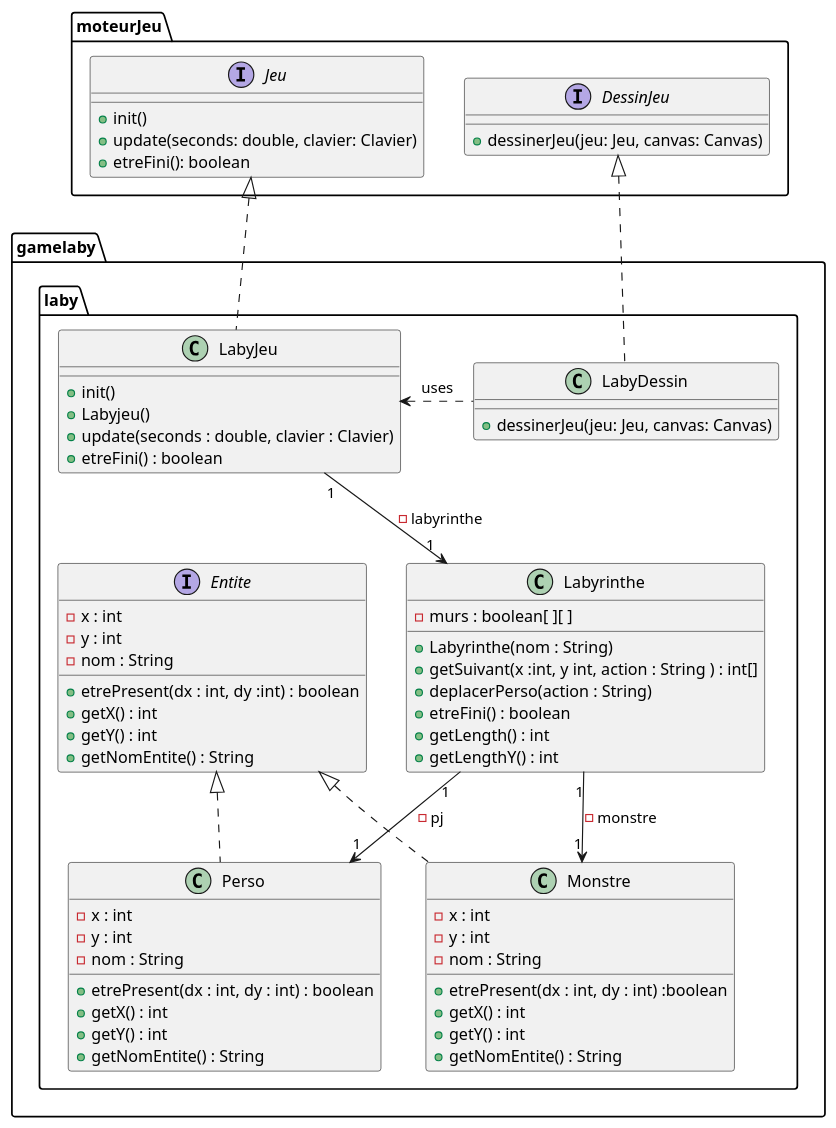
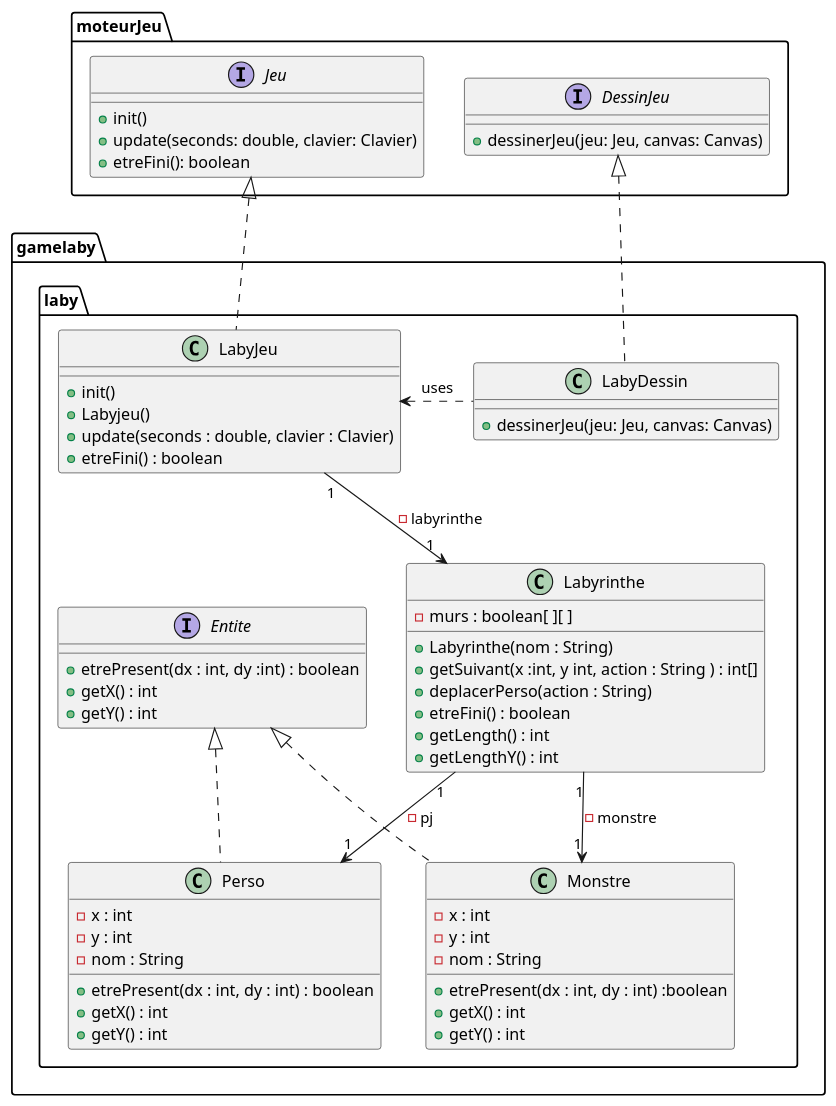
Before and after one commit to Jean-BaptisteEvan/2022_Zeldiablo_jeandidi3u_hary16u_jeanbap14u_dirand13u: the diagram in zeldiablo/documents/version_2/DiagrameClasseMonstre.puml, drawn with PlantUML. The commit also changed 1 other file, not shown here.

```diff
--- a/zeldiablo/documents/version_2/DiagrameClasseMonstre.puml
+++ b/zeldiablo/documents/version_2/DiagrameClasseMonstre.puml
@@ -2,77 +2,74 @@
 @startuml
 package moteurJeu{
 interface Jeu{
 + init()
 + update(seconds: double, clavier: Clavier)
 + etreFini(): boolean
 }
 
 
 interface DessinJeu {
 + dessinerJeu(jeu: Jeu, canvas: Canvas)
 }
 }
 package gamelaby.laby{
     class LabyDessin{
         + dessinerJeu(jeu: Jeu, canvas: Canvas)
     }
 
 DessinJeu <|.. LabyDessin
     class LabyJeu{
         +init()
         +Labyjeu()
         +update(seconds : double, clavier : Clavier)
         +etreFini() : boolean
         }
 
 Jeu <|.. LabyJeu
 
     class Labyrinthe{
         -murs : boolean[ ][ ]
         +Labyrinthe(nom : String)
         +getSuivant(x :int, y int, action : String ) : int[]
         +deplacerPerso(action : String)
         +etreFini() : boolean
         +getLength() : int
         +getLengthY() : int
 
     }
 LabyJeu "1" --> "1" Labyrinthe : -labyrinthe
     interface Entite {
-        -x : int
-        -y : int
-        -nom : String
         +etrePresent(dx : int, dy :int) : boolean
         + getX() : int
         + getY() : int
-        + getNomEntite() : String
+
 
     }
     class Perso{
     -x : int
     -y : int
     - nom : String
     +etrePresent(dx : int, dy : int) : boolean
     +getX() : int
     +getY() : int
-    +getNomEntite() : String
+
     }
     class Monstre{
     -x : int
     -y : int
     -nom : String
     +etrePresent(dx : int, dy : int) :boolean
     +getX() : int
     +getY() : int
-    +getNomEntite() : String
+
     }
  Entite <|.. Perso
  Entite <|.. Monstre
  Labyrinthe "1" --> "1" Perso : -pj
  Labyrinthe "1" --> "1" Monstre : -monstre
  LabyJeu <. LabyDessin:uses
     }
 
 
 
 @enduml
```
